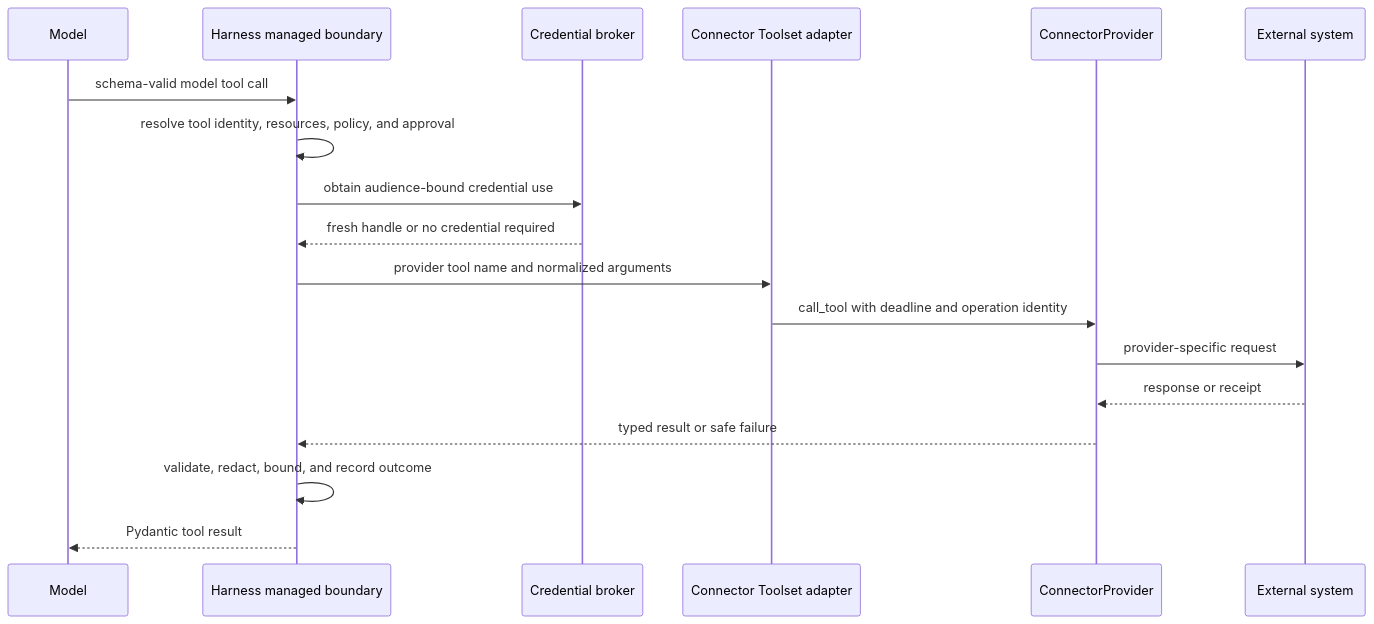
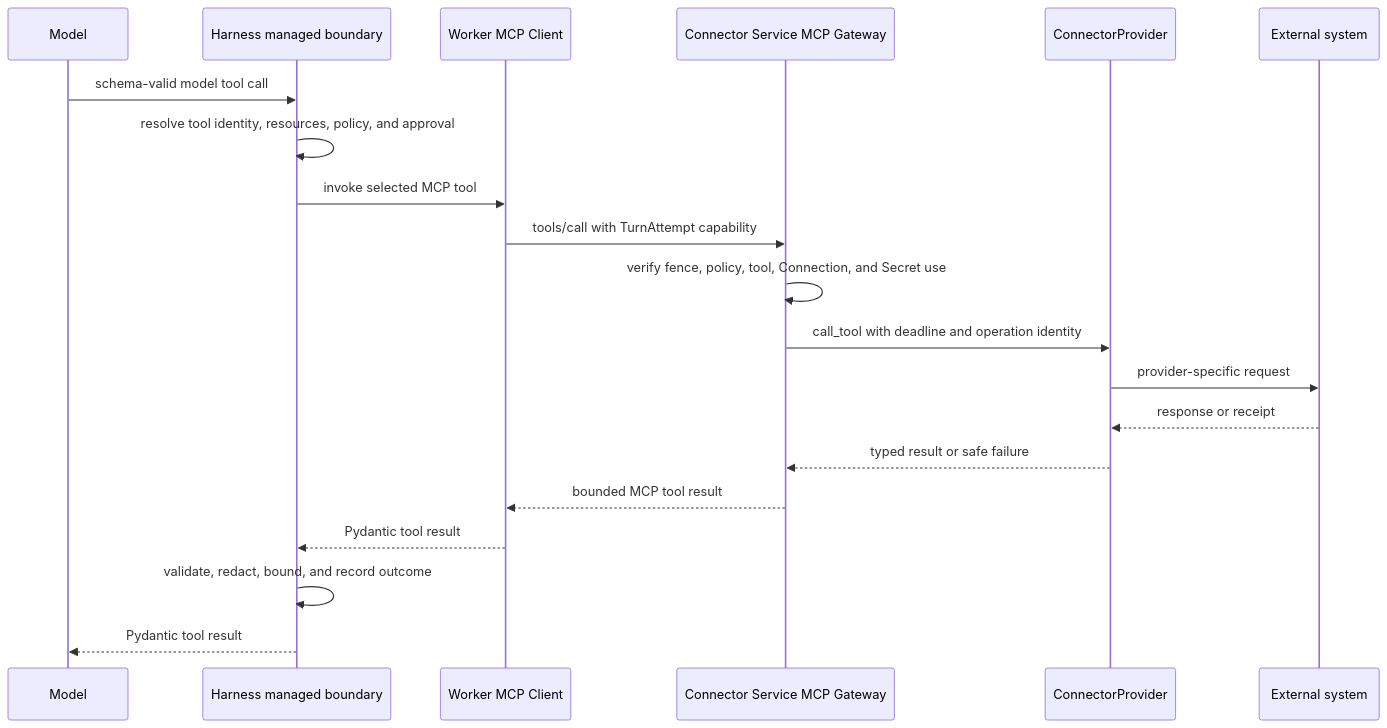
Before and after one commit to converge-ai-labs/agent-foundation: the third of 4 diagrams in spec/foundation-service/23-connectors-connections-and-triggers.md, drawn with Mermaid. The commit also changed other lines of this file and 41 other files, not shown here.

First line of the commit message:
refactor(connectors): route tools through MCP gateway

````diff
--- a/spec/foundation-service/23-connectors-connections-and-triggers.md
+++ b/spec/foundation-service/23-connectors-connections-and-triggers.md
@@ -435,21 +516,23 @@
 ```mermaid
 sequenceDiagram
     participant Model
     participant Harness as Harness managed boundary
-    participant Broker as Credential broker
-    participant Adapter as Connector Toolset adapter
+    participant Client as Worker MCP Client
+    participant Gateway as Connector Service MCP Gateway
     participant Provider as ConnectorProvider
     participant External as External system
 
     Model->>Harness: schema-valid model tool call
     Harness->>Harness: resolve tool identity, resources, policy, and approval
-    Harness->>Broker: obtain audience-bound credential use
-    Broker-->>Harness: fresh handle or no credential required
-    Harness->>Adapter: provider tool name and normalized arguments
-    Adapter->>Provider: call_tool with deadline and operation identity
+    Harness->>Client: invoke selected MCP tool
+    Client->>Gateway: tools/call with TurnAttempt capability
+    Gateway->>Gateway: verify fence, policy, tool, Connection, and Secret use
+    Gateway->>Provider: call_tool with deadline and operation identity
     Provider->>External: provider-specific request
     External-->>Provider: response or receipt
-    Provider-->>Harness: typed result or safe failure
+    Provider-->>Gateway: typed result or safe failure
+    Gateway-->>Client: bounded MCP tool result
+    Client-->>Harness: Pydantic tool result
     Harness->>Harness: validate, redact, bound, and record outcome
     Harness-->>Model: Pydantic tool result
 ```
````
